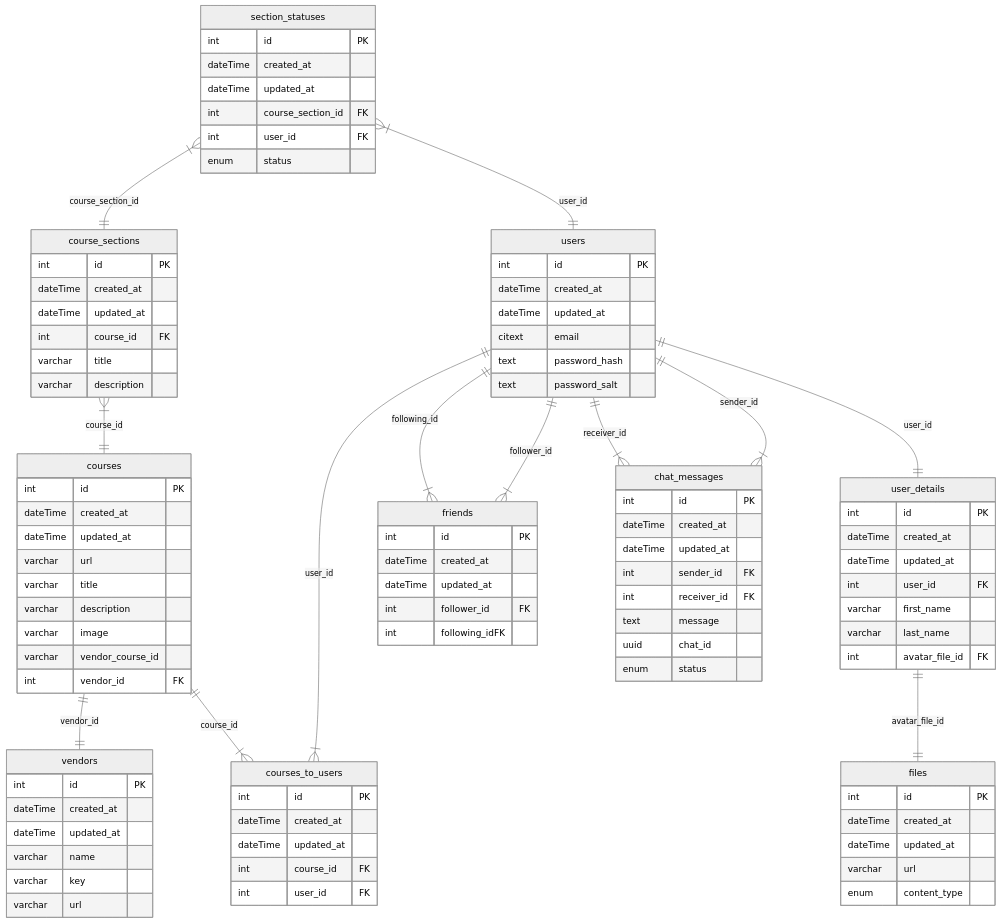
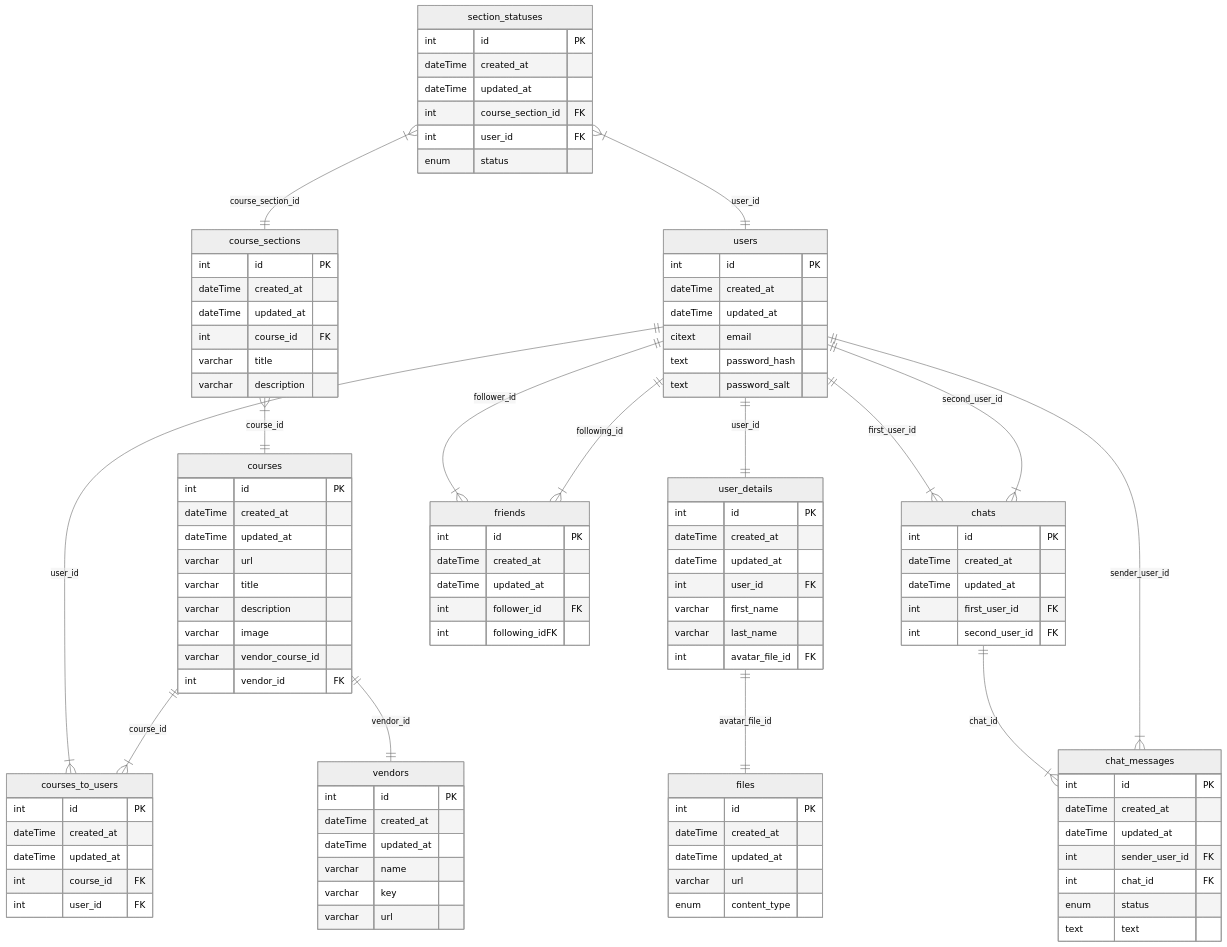
The diagram in readme.md (BinaryStudioAcademy/bsa-winter-2023-2024-trackmates), drawn with Mermaid (neutral theme) before and after one commit.

Commit message:
chore: update db schema in readme tm-111

```diff
--- a/readme.md
+++ b/readme.md
@@ -107,15 +107,22 @@
     enum content_type
    }
 
+   chats {
+    int id PK
+    dateTime created_at
+    dateTime updated_at
+    int first_user_id FK
+    int second_user_id FK
+   }
+
    chat_messages {
     int id PK
     dateTime created_at
     dateTime updated_at
-    int sender_id FK
-    int receiver_id FK
-    text message
-    uuid chat_id
+    int sender_user_id FK
+    int chat_id FK
     enum status
+    text text
    }
 
    users ||--|| user_details : user_id
@@ -124,8 +131,12 @@
    users ||--|{ friends : follower_id
    users ||--|{ friends : following_id
 
-   users ||--|{ chat_messages : sender_id
-   users ||--|{ chat_messages : receiver_id
+   users ||--|{ chats : first_user_id
+   users ||--|{ chats : second_user_id
+
+   chats ||--|{ chat_messages : chat_id
+
+   users ||--|{ chat_messages : sender_user_id
 
    users ||--|{ courses_to_users : user_id
    courses ||--|{ courses_to_users : course_id
```
